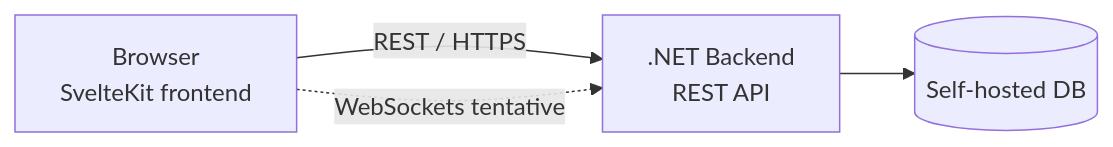
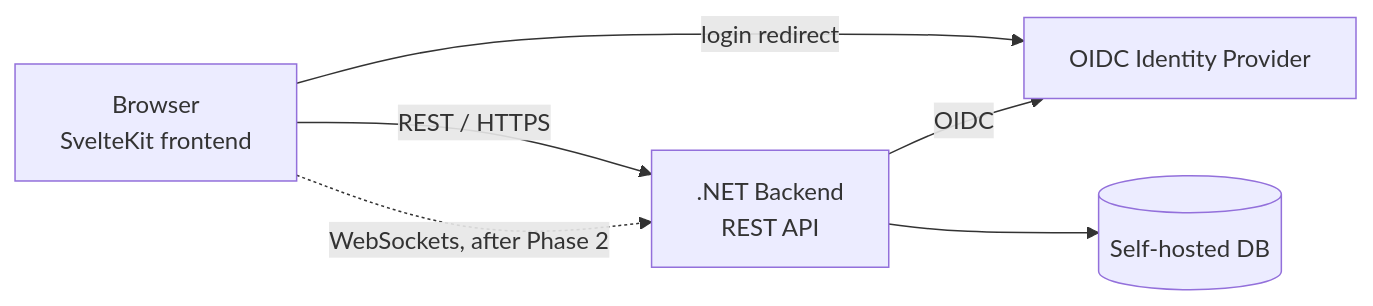
Before and after one commit to SvBrunner/TacticalBoard: the second of 2 diagrams in docs/arc42/03_system_scope_and_context.md, drawn with Mermaid. The commit also changed other lines of this file and 10 other files, not shown here.

Commit message:
docs: specify phase 2 backend architecture and requirements

````diff
--- a/docs/arc42/03_system_scope_and_context.md
+++ b/docs/arc42/03_system_scope_and_context.md
@@ -28,10 +29,12 @@
 ```mermaid
 graph LR
     Browser[Browser<br/>SvelteKit frontend]
     Backend[.NET Backend<br/>REST API]
     DB[(Self-hosted DB)]
 
     Browser -- REST / HTTPS --> Backend
-    Browser -. WebSockets tentative .-> Backend
+    Browser -. WebSockets, after Phase 2 .-> Backend
+    Browser -- login redirect --> IdP[OIDC Identity Provider]
+    Backend -- OIDC --> IdP
     Backend --> DB
 ```
````
